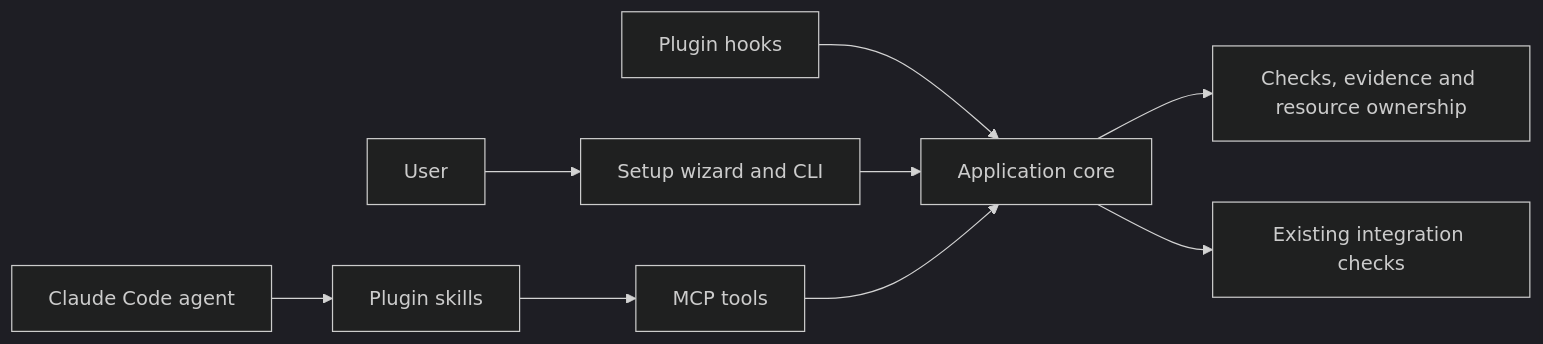
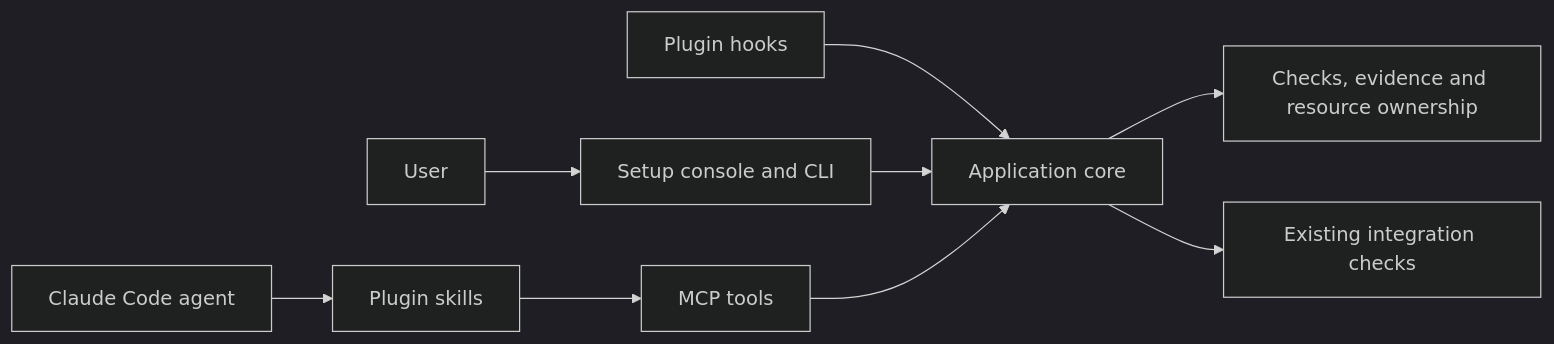
One commit to RoyCoding8/vkit changed the diagram in plans/README.md. Above: the diagram before and after it, drawn with Mermaid (dark theme). The commit also changed other lines of this file and 7 other files, not shown here.

````diff
--- a/plans/README.md
+++ b/plans/README.md
@@ -26,11 +43,11 @@
 ```mermaid
 flowchart LR
-    U[User] --> S[Setup wizard and CLI]
+    U[User] --> S[Setup console and CLI]
     A[Claude Code agent] --> P[Plugin skills]
     P --> M[MCP tools]
     H[Plugin hooks] --> C[Application core]
     S --> C
     M --> C
     C --> E[Checks, evidence and resource ownership]
     C --> I[Existing integration checks]
 ```
````
